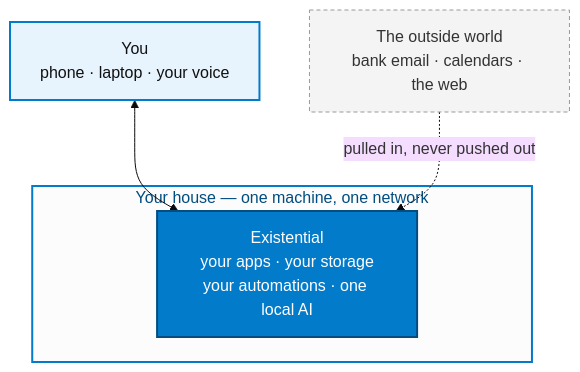
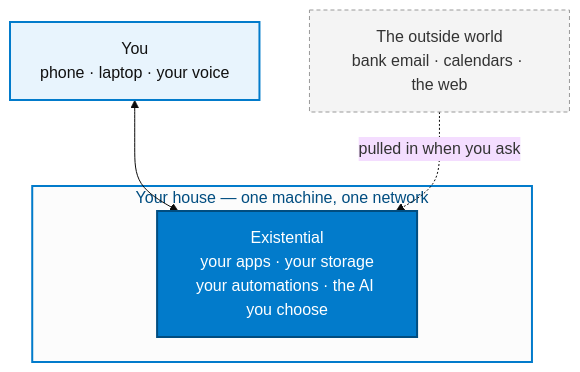
One commit to jtmckay/existential changed the first of 2 diagrams in README.md. Above: the diagram before and after it, drawn with Mermaid (base theme). The commit also changed other lines of this file and 11 other files, not shown here.

````diff
--- a/README.md
+++ b/README.md
@@ -13,20 +14,20 @@
 ```mermaid
 flowchart TB
     you["You<br/>phone · laptop · your voice"]
     outside["The outside world<br/>bank email · calendars · the web"]
 
     subgraph house["Your house — one machine, one network"]
-        ex["Existential<br/>your apps · your storage<br/>your automations · one local AI"]
+        ex["Existential<br/>your apps · your storage<br/>your automations · the AI you choose"]
     end
 
     you <--> ex
-    outside -. "pulled in, never pushed out" .-> ex
+    outside -. "pulled in when you ask" .-> ex
 
     classDef me fill:#e8f4fd,stroke:#027bcb,stroke-width:2px,color:#111
     classDef core fill:#027bcb,stroke:#014d80,stroke-width:2px,color:#fff
     classDef ext fill:#f4f4f4,stroke:#999,stroke-dasharray:4 3,color:#333
     class you me
     class ex core
     class outside ext
     style house fill:#fcfcfc,stroke:#027bcb,stroke-width:2px,color:#014d80
 ```
````
